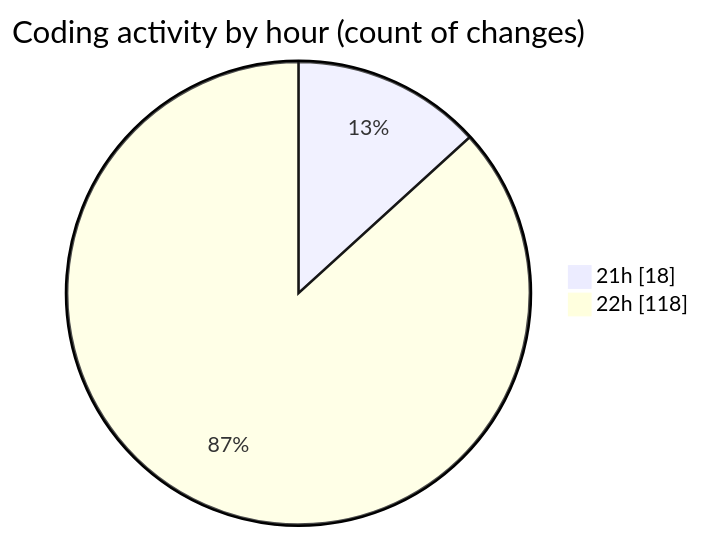
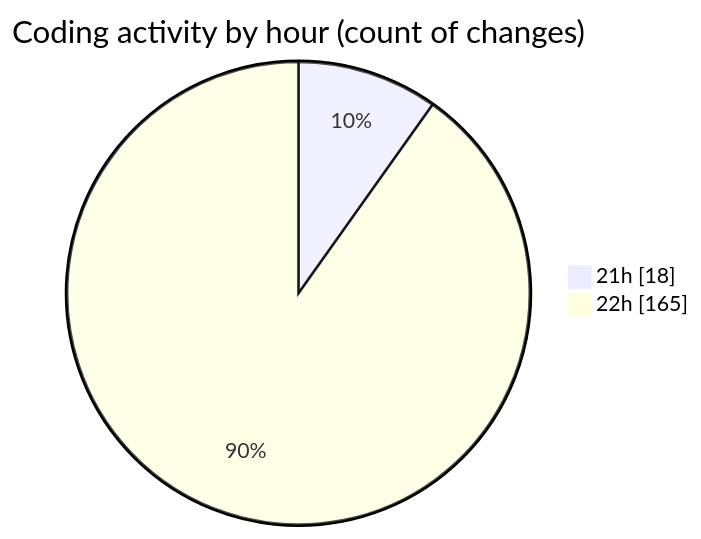
The second of 2 diagrams in 2025-12-27/rust/README.md (Ritupan-Deka/code-tracking), drawn with Mermaid before and after one commit. The commit also changed other lines of this file and 1 other file, not shown here.

````diff
--- a/2025-12-27/rust/README.md
+++ b/2025-12-27/rust/README.md
@@ -30,6 +30,6 @@
 ```mermaid
 pie showData
 title Coding activity by hour (count of changes)
 "21h" : 18
-"22h" : 118
+"22h" : 165
 ```
````
